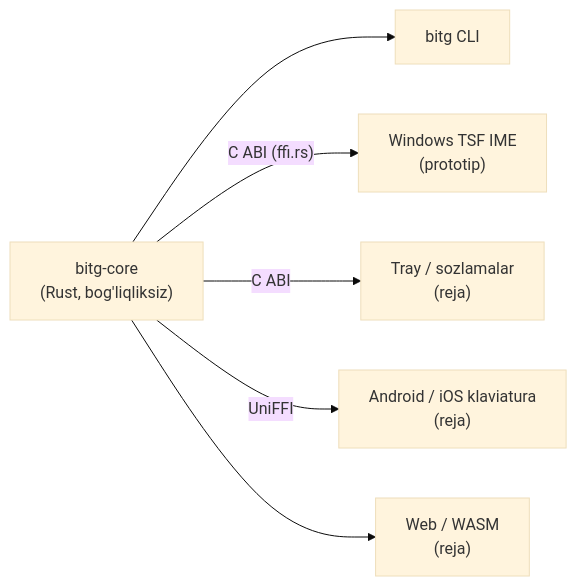
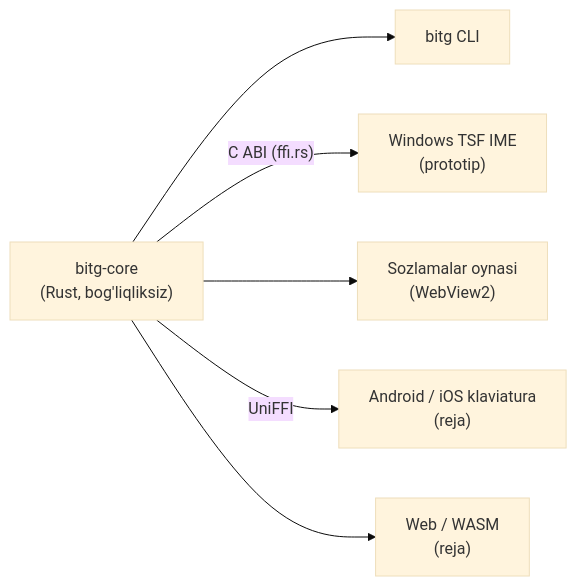
The diagram in README.md (Abdulazim1771/bitg), drawn with Mermaid (base theme) before and after one commit. The commit also changed other lines of this file and 7 other files, not shown here.

````diff
--- a/README.md
+++ b/README.md
@@ -54,14 +54,14 @@
 ```mermaid
 flowchart LR
   core["bitg-core<br/>(Rust, bog'liqliksiz)"]
   cli["bitg CLI"]
   tsf["Windows TSF IME<br/>(prototip)"]
-  tray["Tray / sozlamalar<br/>(reja)"]
+  tray["Sozlamalar oynasi<br/>(WebView2)"]
   mob["Android / iOS klaviatura<br/>(reja)"]
   web["Web / WASM<br/>(reja)"]
   core --> cli
   core -- "C ABI (ffi.rs)" --> tsf
-  core -- "C ABI" --> tray
+  core --> tray
   core -- "UniFFI" --> mob
   core --> web
 ```
````
